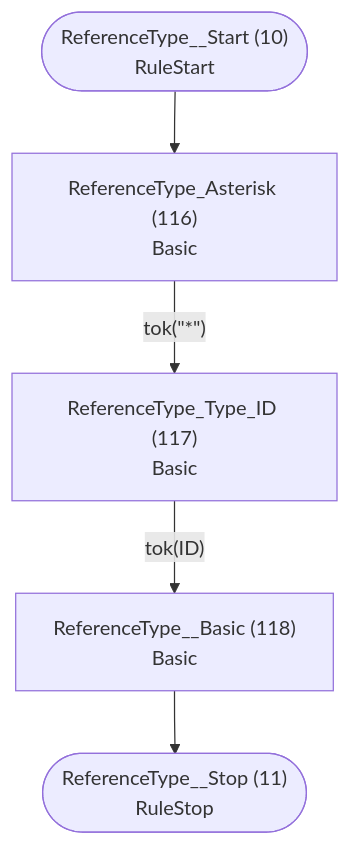
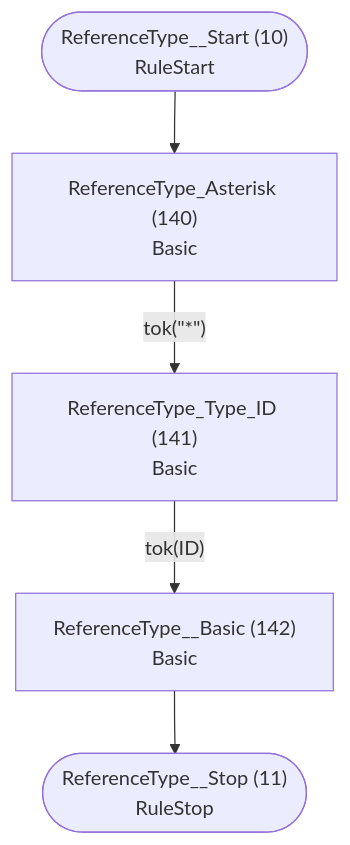
One commit to TypeFox/fastbelt changed the sixth of 40 diagrams in internal/grammar/atn.md. Above: the diagram before and after it, drawn with Mermaid. The commit also changed other lines of this file and 84 other files, not shown here.

````diff
--- a/internal/grammar/atn.md
+++ b/internal/grammar/atn.md
@@ -184,13 +189,13 @@
 ```mermaid
 flowchart TD
     q10(["ReferenceType__Start (10)<br/>RuleStart"])
     q11(["ReferenceType__Stop (11)<br/>RuleStop"])
-    q116["ReferenceType_Asterisk (116)<br/>Basic<br/>"]
-    q117["ReferenceType_Type_ID (117)<br/>Basic<br/>"]
-    q118["ReferenceType__Basic (118)<br/>Basic<br/>"]
+    q140["ReferenceType_Asterisk (140)<br/>Basic<br/>"]
+    q141["ReferenceType_Type_ID (141)<br/>Basic<br/>"]
+    q142["ReferenceType__Basic (142)<br/>Basic<br/>"]
 
-    q10 --> q116
-    q116 -->|"tok(&quot;*&quot;)"| q117
-    q117 -->|"tok(ID)"| q118
-    q118 --> q11
+    q10 --> q140
+    q140 -->|"tok(&quot;*&quot;)"| q141
+    q141 -->|"tok(ID)"| q142
+    q142 --> q11
 ```
````
